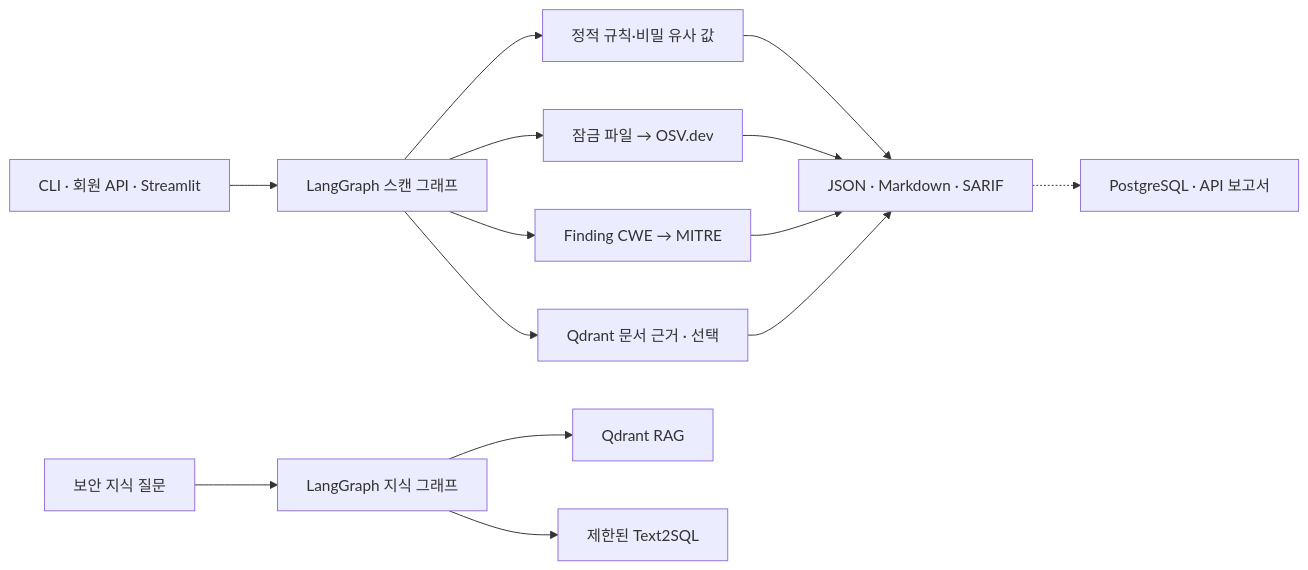
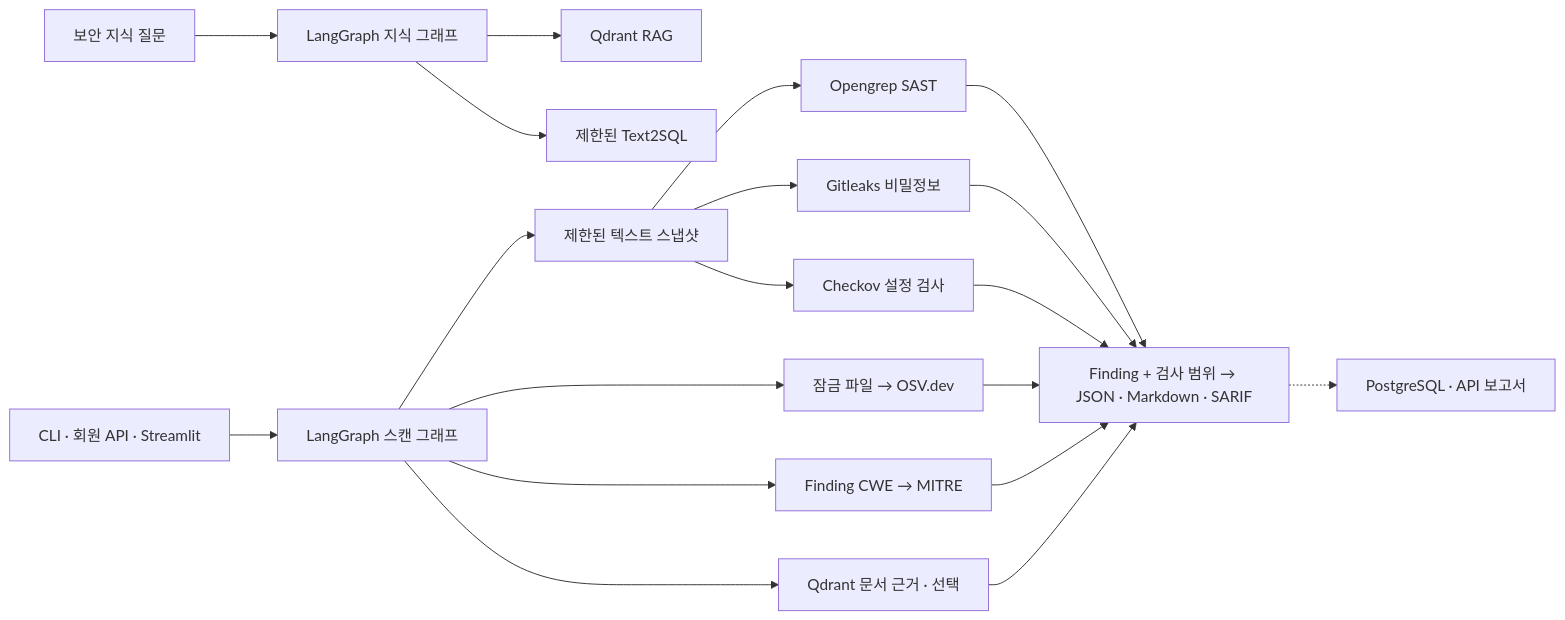
The diagram in README.md (taehyeon-git/SecRAGraph), drawn with Mermaid before and after one commit. The commit also changed other lines of this file and 187 other files, not shown here.

````diff
--- a/README.md
+++ b/README.md
@@ -43,16 +46,21 @@
 ```mermaid
 flowchart LR
   INPUT["CLI · 회원 API · Streamlit"] --> SCAN["LangGraph 스캔 그래프"]
-  SCAN --> RULES["정적 규칙·비밀 유사 값"]
+  SCAN --> SNAP["제한된 텍스트 스냅샷"]
+  SNAP --> SAST["Opengrep SAST"]
+  SNAP --> SECRET["Gitleaks 비밀정보"]
+  SNAP --> CONFIG["Checkov 설정 검사"]
   SCAN --> OSV["잠금 파일 → OSV.dev"]
   SCAN --> CWE["Finding CWE → MITRE"]
   SCAN --> EVIDENCE["Qdrant 문서 근거 · 선택"]
-  RULES --> REPORT["JSON · Markdown · SARIF"]
+  SAST --> REPORT["Finding + 검사 범위 → JSON · Markdown · SARIF"]
+  SECRET --> REPORT
+  CONFIG --> REPORT
   OSV --> REPORT
   CWE --> REPORT
   EVIDENCE --> REPORT
   REPORT -.-> STORE["PostgreSQL · API 보고서"]
   QUESTION["보안 지식 질문"] --> KNOWLEDGE["LangGraph 지식 그래프"]
   KNOWLEDGE --> RAG["Qdrant RAG"]
   KNOWLEDGE --> SQL["제한된 Text2SQL"]
 ```
````
